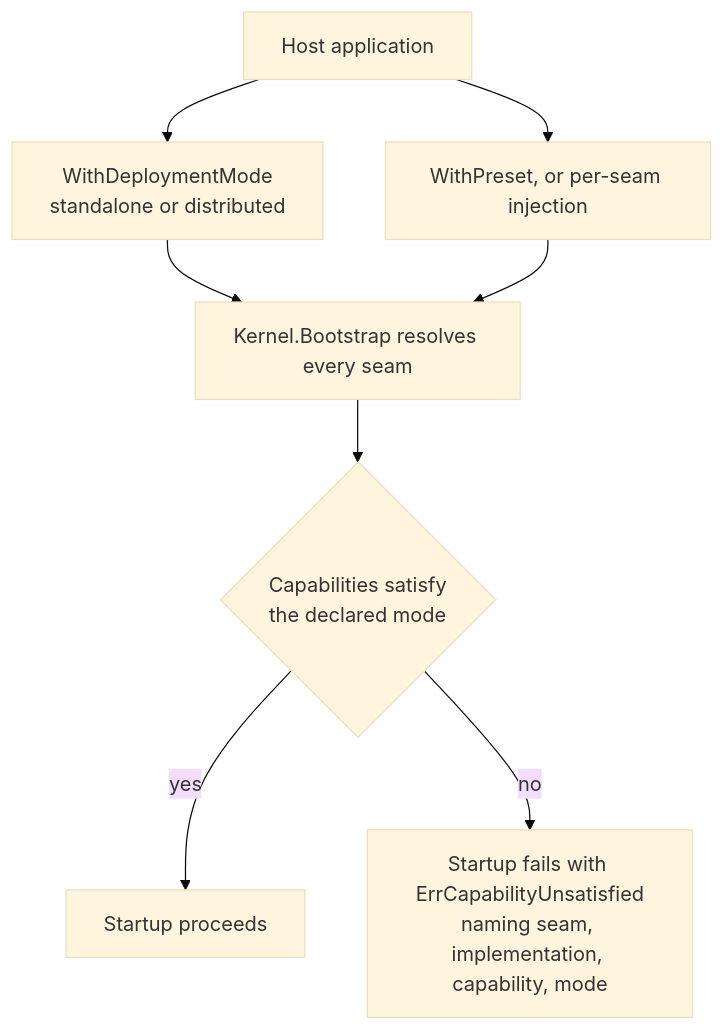
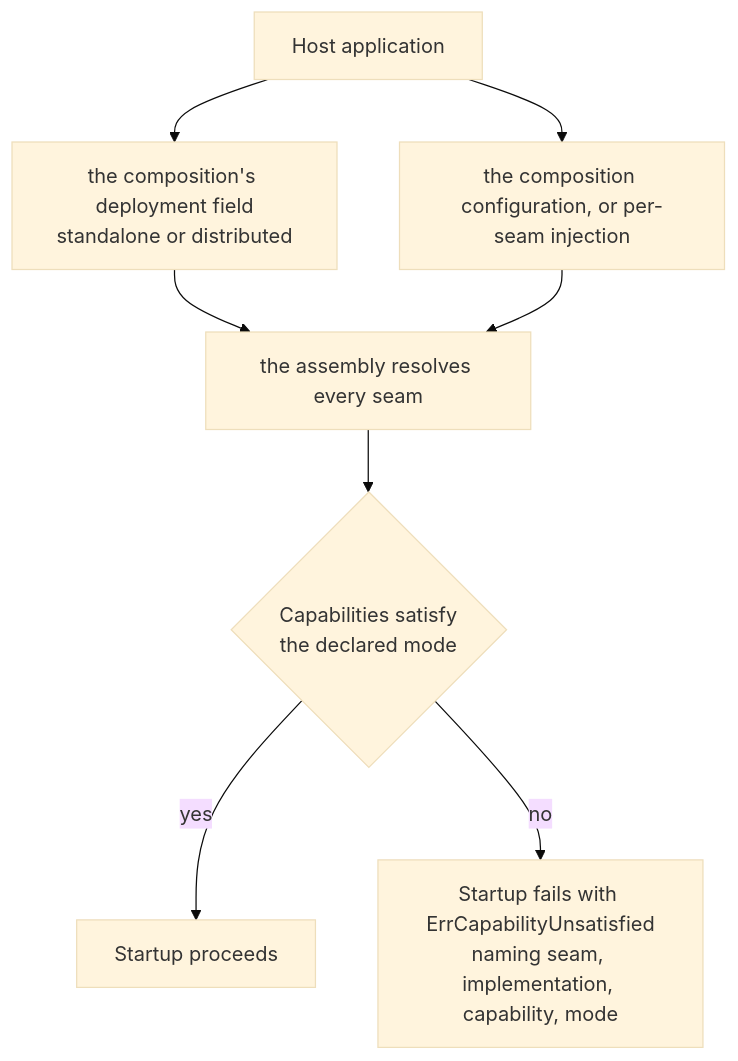
Before and after one commit to vislake/speed: the second of 2 diagrams in docs/site/content.en/docs/developer-docs/architecture.md, drawn with Mermaid (base theme). The commit also changed other lines of this file and 91 other files, not shown here.

````diff
--- a/docs/site/content.en/docs/developer-docs/architecture.md
+++ b/docs/site/content.en/docs/developer-docs/architecture.md
@@ -182,10 +182,10 @@
 ```mermaid
 flowchart TD
-    Host[Host application] --> Mode[WithDeploymentMode<br/>standalone or distributed]
-    Host --> Seams[WithPreset, or per-seam injection]
-    Mode --> Boot[Kernel.Bootstrap resolves every seam]
+    Host[Host application] --> Mode[the composition's deployment field<br/>standalone or distributed]
+    Host --> Seams[the composition configuration, or per-seam injection]
+    Mode --> Boot[the assembly resolves every seam]
     Seams --> Boot
     Boot --> Check{Capabilities satisfy<br/>the declared mode}
     Check -->|yes| Run[Startup proceeds]
     Check -->|no| Fail[Startup fails with ErrCapabilityUnsatisfied<br/>naming seam, implementation, capability, mode]
 ```
````
